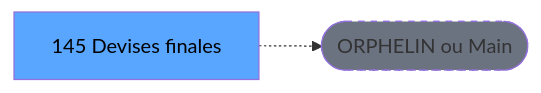
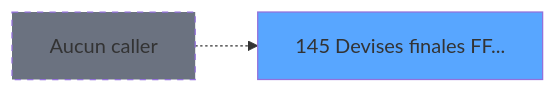
Before and after one commit to thonyAGP/magic-migration: the second of 3 diagrams in .openspec/specs/ADH-IDE-145.md, drawn with Mermaid. The commit also changed other lines of this file and 311 other files, not shown here.

````diff
--- a/.openspec/specs/ADH-IDE-145.md
+++ b/.openspec/specs/ADH-IDE-145.md
@@ -121,8 +156,8 @@
 ```mermaid
 graph LR
-    T[145 Devises finales]
-    ORPHAN([ORPHELIN ou Main])
-    T -.-> ORPHAN
-    style T fill:#58a6ff,color:#000
-    style ORPHAN fill:#6b7280,stroke-dasharray: 5 5
+    T145[145 Devises finales FF...]
+    style T145 fill:#58a6ff
+    NONE[Aucun caller]
+    NONE -.-> T145
+    style NONE fill:#6b7280,stroke-dasharray: 5 5
 ```
````
